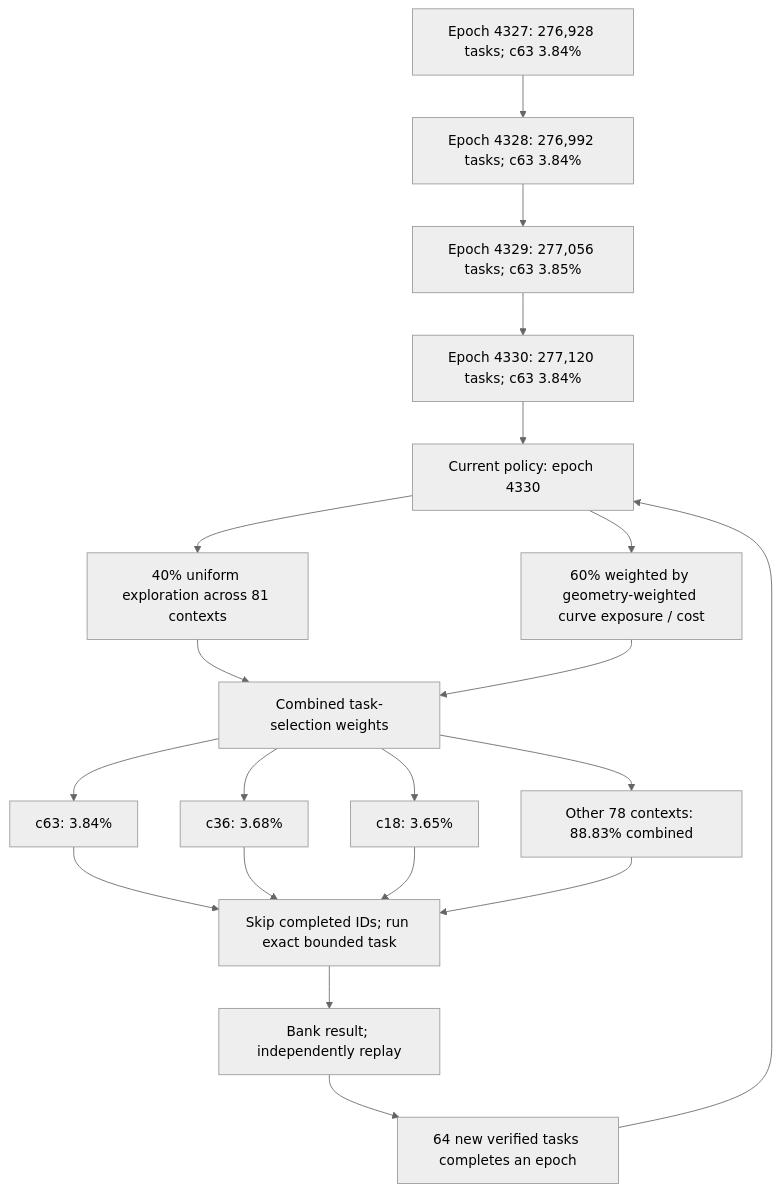
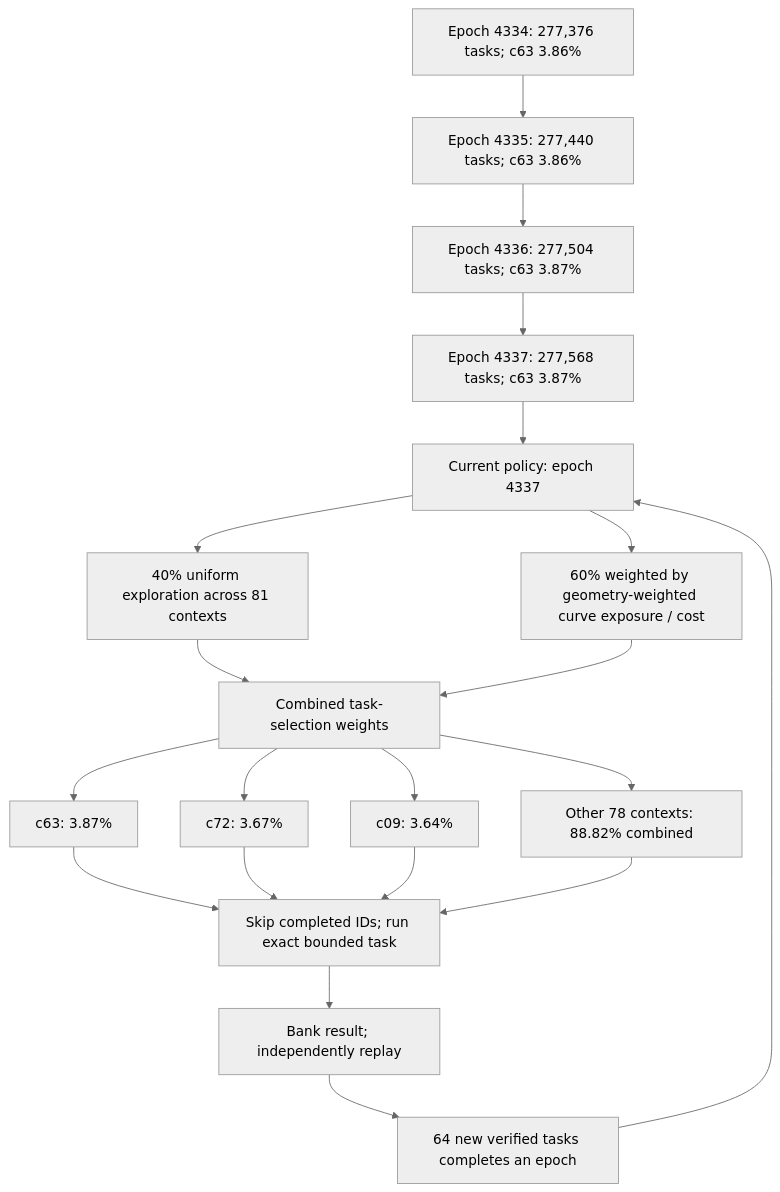
Before and after one commit to Kuberwastaken/math-gambling: the first of 3 diagrams in README.md, drawn with Mermaid (neutral theme). The commit also changed other lines of this file and 3487 other files, not shown here.

````diff
--- a/README.md
+++ b/README.md
@@ -60,27 +60,27 @@
 ```mermaid
 flowchart TD
-    H0["Epoch 4327: 276,928 tasks; c63 3.84%"]
-    H1["Epoch 4328: 276,992 tasks; c63 3.84%"]
+    H0["Epoch 4334: 277,376 tasks; c63 3.86%"]
+    H1["Epoch 4335: 277,440 tasks; c63 3.86%"]
     H0 --> H1
-    H2["Epoch 4329: 277,056 tasks; c63 3.85%"]
+    H2["Epoch 4336: 277,504 tasks; c63 3.87%"]
     H1 --> H2
-    H3["Epoch 4330: 277,120 tasks; c63 3.84%"]
+    H3["Epoch 4337: 277,568 tasks; c63 3.87%"]
     H2 --> H3
-    Policy["Current policy: epoch 4330"]
+    Policy["Current policy: epoch 4337"]
     H3 --> Policy
     Policy --> Explore["40% uniform exploration across 81 contexts"]
     Policy --> Cost["60% weighted by geometry-weighted curve exposure / cost"]
     Explore --> Mix["Combined task-selection weights"]
     Cost --> Mix
-    Mix --> C0["c63: 3.84%"]
-    Mix --> C1["c36: 3.68%"]
-    Mix --> C2["c18: 3.65%"]
-    Mix --> Rest["Other 78 contexts: 88.83% combined"]
+    Mix --> C0["c63: 3.87%"]
+    Mix --> C1["c72: 3.67%"]
+    Mix --> C2["c09: 3.64%"]
+    Mix --> Rest["Other 78 contexts: 88.82% combined"]
     C0 --> Check["Skip completed IDs; run exact bounded task"]
     C1 --> Check
     C2 --> Check
     Rest --> Check
     Check --> Replay["Bank result; independently replay"]
     Replay --> Gate["64 new verified tasks completes an epoch"]
     Gate --> Policy
 ```
````
